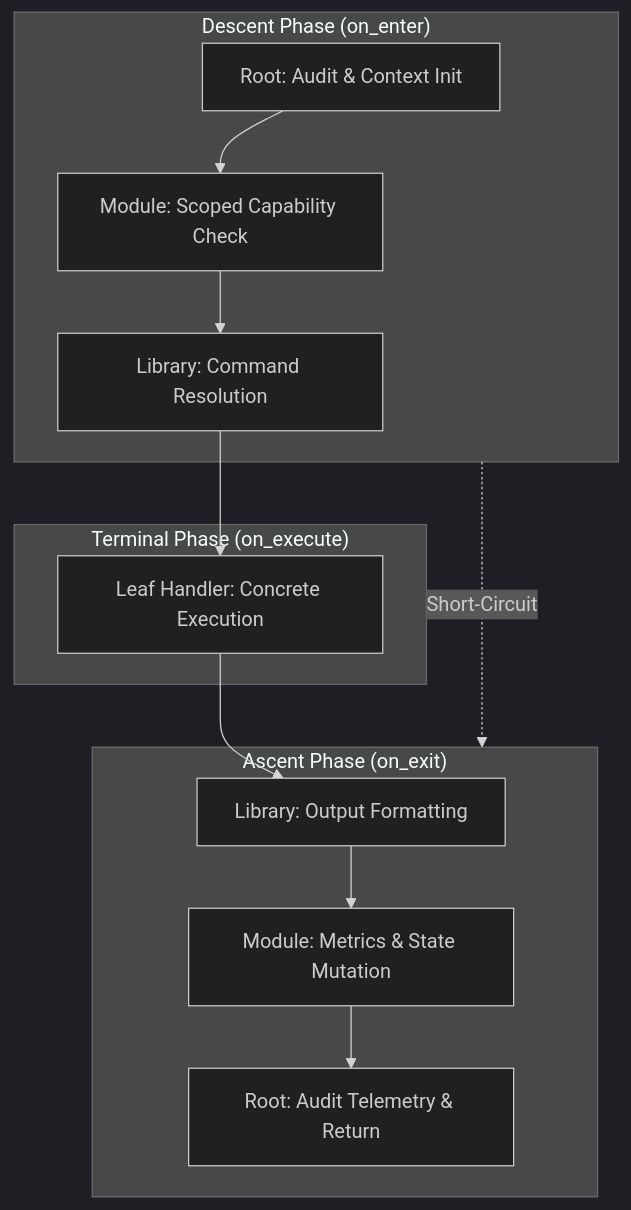
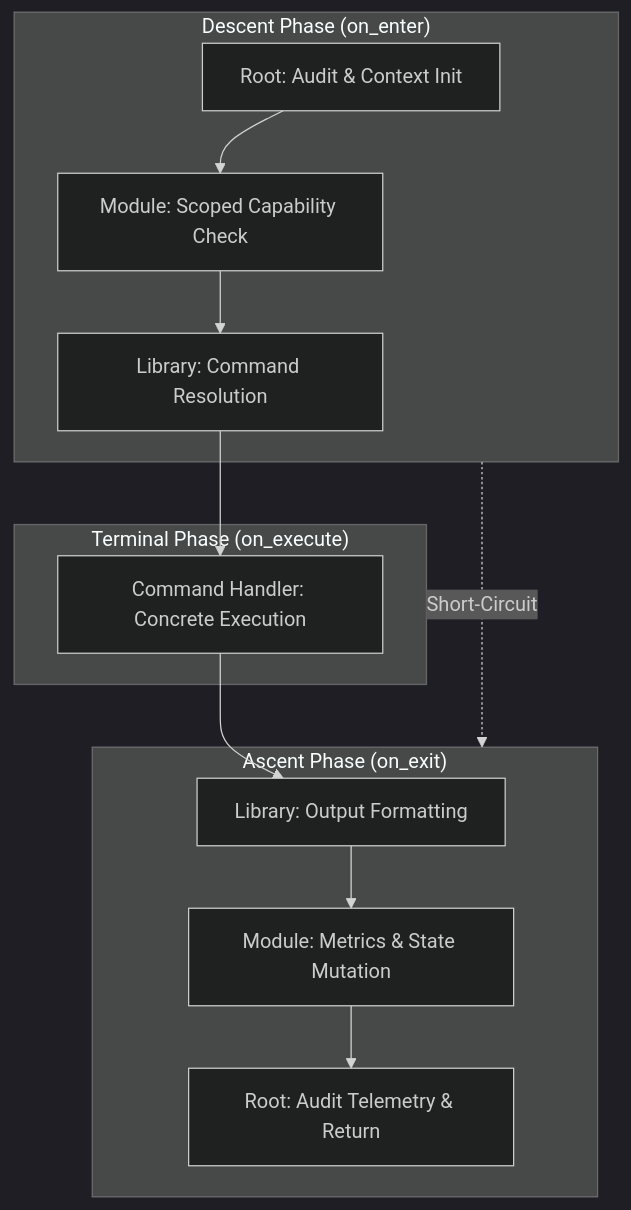
One commit to ulquiorracode/modtree-rs changed the second of 2 diagrams in ARCHITECTURE.md. Above: the diagram before and after it, drawn with Mermaid (dark theme). The commit also changed other lines of this file and 17 other files, not shown here.

Commit message:
refactor(core): migrate to workspace layout and rename Leaf to Command (#6)

````diff
--- a/ARCHITECTURE.md
+++ b/ARCHITECTURE.md
@@ -105,19 +105,19 @@
 ```mermaid
 flowchart TD
     subgraph Descent ["Descent Phase (on_enter)"]
         R1["Root: Audit & Context Init"] --> M1["Module: Scoped Capability Check"]
         M1 --> L1["Library: Command Resolution"]
     end
 
     subgraph Terminal ["Terminal Phase (on_execute)"]
-        L1 --> EXE["Leaf Handler: Concrete Execution"]
+        L1 --> EXE["Command Handler: Concrete Execution"]
     end
 
     subgraph Ascent ["Ascent Phase (on_exit)"]
         EXE --> L2["Library: Output Formatting"]
         L2 --> M2["Module: Metrics & State Mutation"]
         M2 --> R2["Root: Audit Telemetry & Return"]
     end
 
     Descent -. Short-Circuit .-> Ascent
 ```
````
